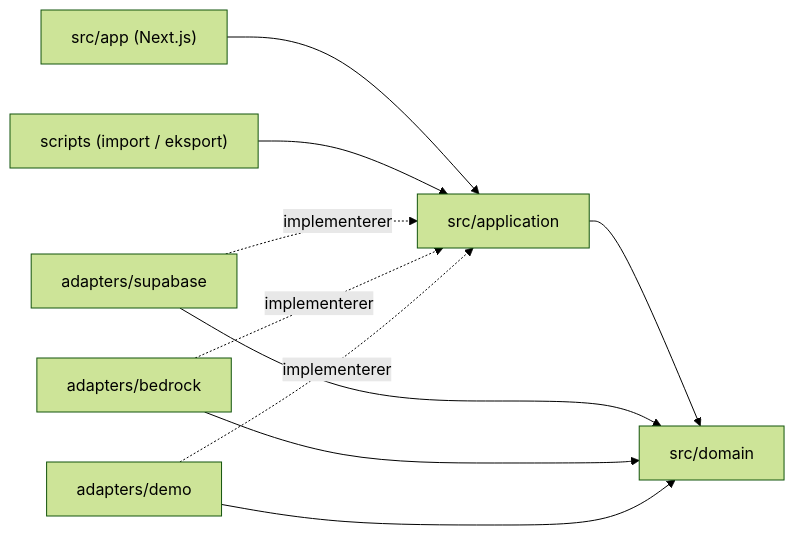
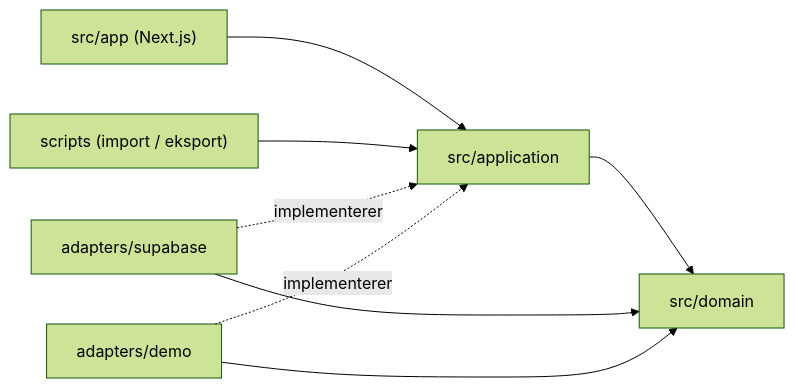
Before and after one commit to IBE160-2026/G131-hovda: the first of 3 diagrams in G131-hovda/planning-artifacts/architecture/architecture-G131-hovda-2026-10-08/ARCHITECTURE-SPINE.md, drawn with Mermaid (forest theme). The commit also changed other lines of this file and 5 other files, not shown here.

````diff
--- a/G131-hovda/planning-artifacts/architecture/architecture-G131-hovda-2026-10-08/ARCHITECTURE-SPINE.md
+++ b/G131-hovda/planning-artifacts/architecture/architecture-G131-hovda-2026-10-08/ARCHITECTURE-SPINE.md
@@ -29,12 +29,10 @@
 ```mermaid
 graph LR
   UI["src/app (Next.js)"] --> APP["src/application"]
   CLI["scripts (import / eksport)"] --> APP
   APP --> DOM["src/domain"]
   SUPA["adapters/supabase"] -.implementerer.-> APP
-  BED["adapters/bedrock"] -.implementerer.-> APP
   DEMO["adapters/demo"] -.implementerer.-> APP
   SUPA --> DOM
-  BED --> DOM
   DEMO --> DOM
 ```
````
